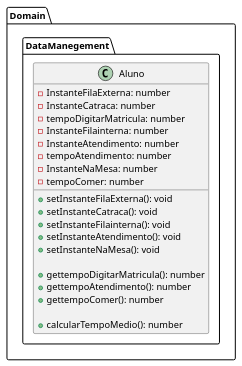
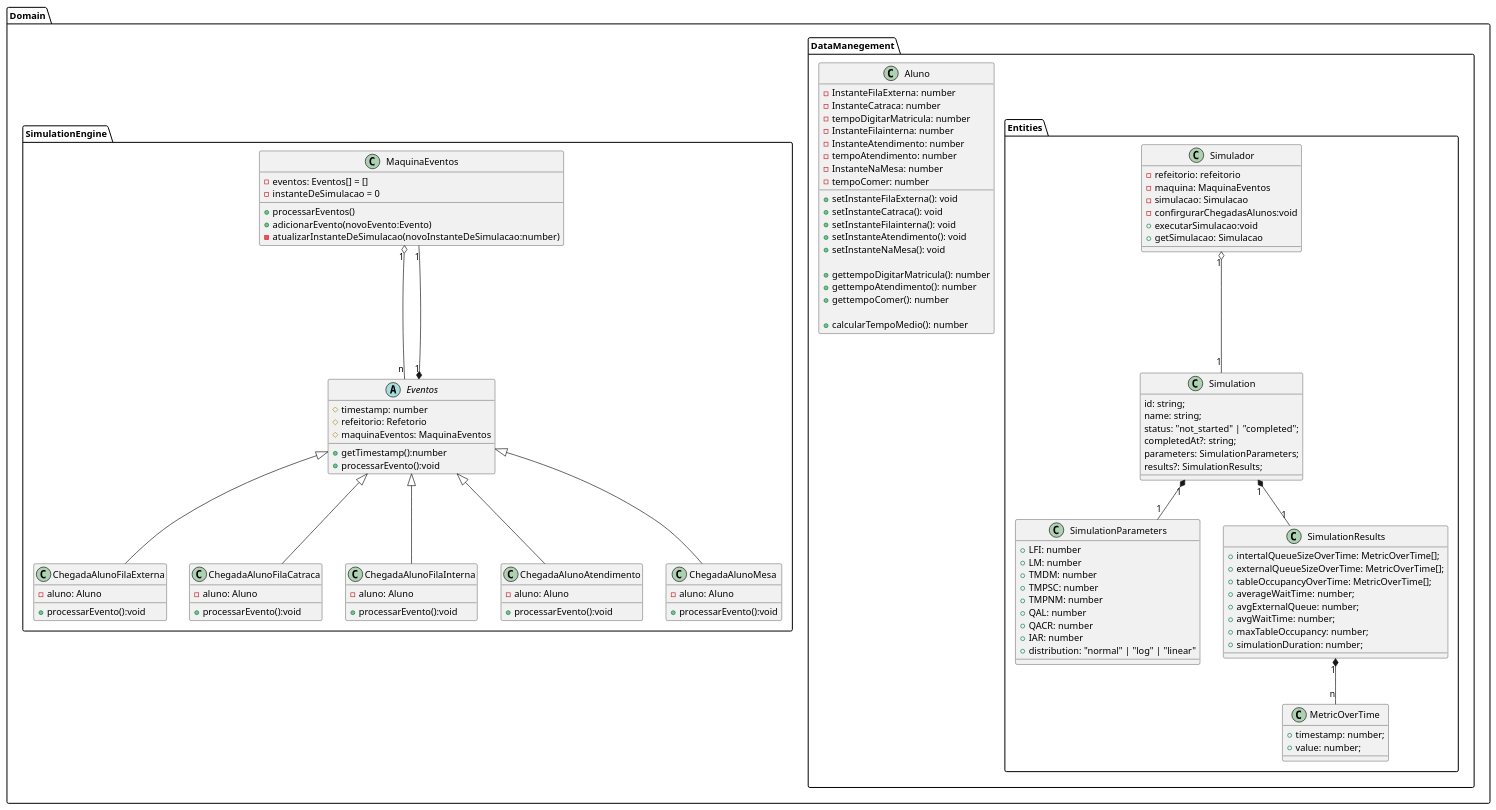
One commit to Gstv2/sfr-template changed the diagram in design/class-Aluno.plantuml. Above: the diagram before and after it, drawn with PlantUML. The commit also changed 2 other files, not shown here.

Commit message:
Adicionando Diagrama Maquina e Eventos

```diff
--- a/design/class-Aluno.plantuml
+++ b/design/class-Aluno.plantuml
@@ -1,26 +1,137 @@
 @startuml FilaInterna/Aluno
     package Domain.DataManegement{
         class Aluno {
             - InstanteFilaExterna: number
             - InstanteCatraca: number
             - tempoDigitarMatricula: number
             - InstanteFilainterna: number
             - InstanteAtendimento: number
             - tempoAtendimento: number
             - InstanteNaMesa: number
             - tempoComer: number
 
             + setInstanteFilaExterna(): void
             + setInstanteCatraca(): void
             + setInstanteFilainterna(): void
             + setInstanteAtendimento(): void
             + setInstanteNaMesa(): void
             
             + gettempoDigitarMatricula(): number
             + gettempoAtendimento(): number
             + gettempoComer(): number
             
             + calcularTempoMedio(): number
         }
     }
-@endumlS
+
+    package Domain.DataManegement.Entities{
+        class Simulador {
+            - refeitorio: refeitorio
+            - maquina: MaquinaEventos
+            - simulacao: Simulacao
+            - confirgurarChegadasAlunos:void
+            + executarSimulacao:void
+            + getSimulacao: Simulacao
+        }
+
+        class SimulationParameters {
+            + LFI: number
+            + LM: number
+            + TMDM: number
+            + TMPSC: number
+            + TMPNM: number
+            + QAL: number
+            + QACR: number
+            + IAR: number
+            + distribution: "normal" | "log" | "linear"
+        }
+
+        class SimulationResults {
+            + intertalQueueSizeOverTime: MetricOverTime[];
+            + externalQueueSizeOverTime: MetricOverTime[];
+            + tableOccupancyOverTime: MetricOverTime[];
+            + averageWaitTime: number;
+            + avgExternalQueue: number;
+            + avgWaitTime: number;
+            + maxTableOccupancy: number;
+            + simulationDuration: number;
+        }
+
+        class MetricOverTime {
+            + timestamp: number;
+            +value: number;
+        }
+
+        class Simulation {
+            id: string;
+            name: string;
+            status: "not_started" | "completed";
+            completedAt?: string;
+            parameters: SimulationParameters;
+            results?: SimulationResults;
+        }
+    }
+
+        package Domain.SimulationEngine{
+
+        ' Classe da Maquina de Eventos
+            class MaquinaEventos {
+                - eventos: Eventos[] = []
+                - instanteDeSimulacao = 0
+                + processarEventos()
+                + adicionarEvento(novoEvento:Evento)
+                -  atualizarInstanteDeSimulacao(novoInstanteDeSimulacao:number)
+            }
+
+        ' Classe abstrata de Eventos
+            abstract class Eventos {
+                # timestamp: number
+                # refeitorio: Refetorio
+                # maquinaEventos: MaquinaEventos
+
+                + getTimestamp():number
+                + processarEvento():void
+            }
+
+
+        ' Eventos
+            class ChegadaAlunoFilaExterna {
+                - aluno: Aluno
+                + processarEvento():void
+            }
+            class ChegadaAlunoFilaCatraca {
+                - aluno: Aluno
+                + processarEvento():void
+            }
+            class ChegadaAlunoFilaInterna {
+                - aluno: Aluno
+                + processarEvento():void
+            }
+            class ChegadaAlunoAtendimento {
+                - aluno: Aluno
+                + processarEvento():void
+            }
+            class ChegadaAlunoMesa {
+                - aluno: Aluno
+                + processarEvento():void
+            }
+        }
+
+        ' relacionamentos
+        Simulador "1" o-- "1" Simulation
+        Simulation "1" *-- "1" SimulationParameters
+        Simulation "1" *-- "1" SimulationResults
+        SimulationResults "1" *-- "n" MetricOverTime
+
+
+        MaquinaEventos "1" o-- "n" Eventos
+        MaquinaEventos "1" --* "1" Eventos
+
+        Eventos ^-- ChegadaAlunoFilaExterna
+        Eventos ^-- ChegadaAlunoFilaCatraca
+        Eventos ^-- ChegadaAlunoFilaInterna
+        Eventos ^-- ChegadaAlunoAtendimento
+        Eventos ^-- ChegadaAlunoMesa
+
+
+@enduml
```
